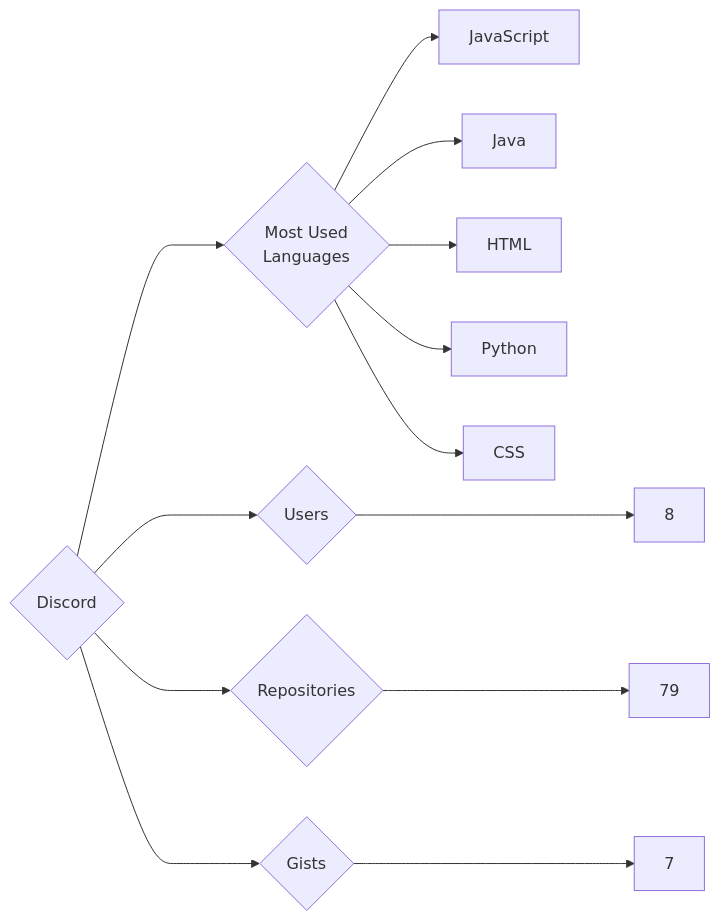
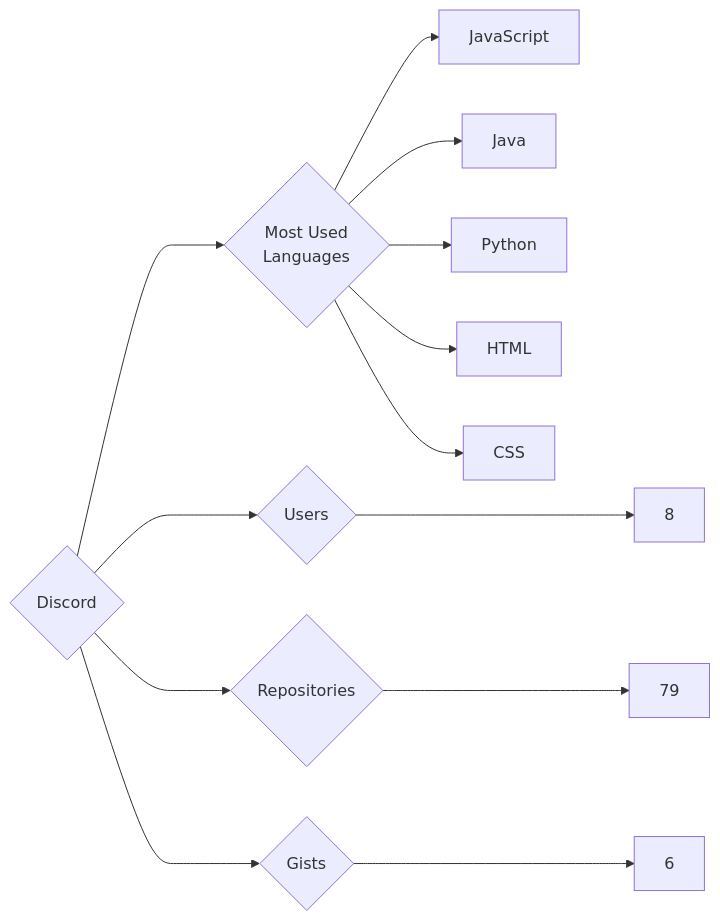
The diagram in targets/Discord/README.md (trickest/insiders), drawn with Mermaid before and after one commit. The commit also changed 1120 other files, not shown here.

````diff
--- a/targets/Discord/README.md
+++ b/targets/Discord/README.md
@@ -3,13 +3,13 @@
 ```mermaid
 graph LR
 COMPANY_NAME{Discord}
 COMPANY_NAME ---> U{Users} ---> UN[8]
 COMPANY_NAME ---> R{Repositories} ---> RN[79]
-COMPANY_NAME ---> G{Gists} ---> GN[7]
+COMPANY_NAME ---> G{Gists} ---> GN[6]
 COMPANY_NAME ---> ML{Most Used<br>Languages}
 ML --> JavaScript[JavaScript]
 ML --> Java[Java]
+ML --> Python[Python]
 ML --> HTML[HTML]
-ML --> Python[Python]
 ML --> CSS[CSS]
 ```
````
